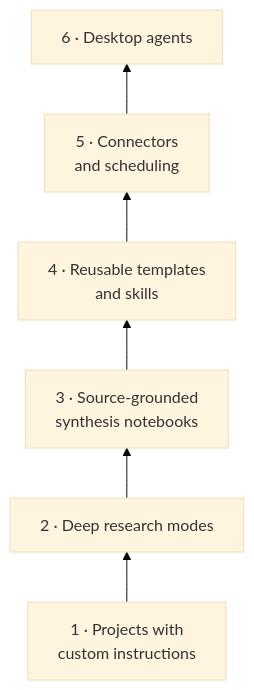
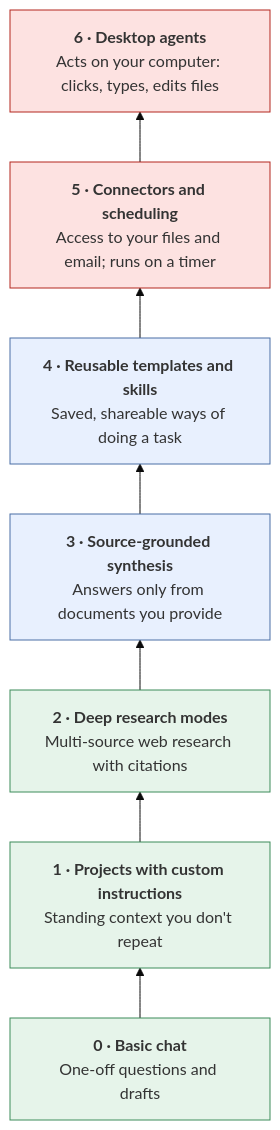
Before and after one commit to clarkngo/applied-ai-field-guide: the first of 2 diagrams in docs/tools/learning-ladder.md, drawn with Mermaid (base theme). The commit also changed other lines of this file and 4 other files, not shown here.

````diff
--- a/docs/tools/learning-ladder.md
+++ b/docs/tools/learning-ladder.md
@@ -34,4 +35,15 @@
 ```mermaid
 flowchart BT
-  R1["1 · Projects with<br/>custom instructions"] --> R2["2 · Deep research modes"] --> R3["3 · Source-grounded<br/>synthesis notebooks"] --> R4["4 · Reusable templates<br/>and skills"] --> R5["5 · Connectors<br/>and scheduling"] --> R6["6 · Desktop agents"]
+  R0["<b>0 · Basic chat</b><br/>One-off questions and drafts"] --> R1["<b>1 · Projects with custom instructions</b><br/>Standing context you don't repeat"]
+  R1 --> R2["<b>2 · Deep research modes</b><br/>Multi-source web research with citations"]
+  R2 --> R3["<b>3 · Source-grounded synthesis</b><br/>Answers only from documents you provide"]
+  R3 --> R4["<b>4 · Reusable templates and skills</b><br/>Saved, shareable ways of doing a task"]
+  R4 --> R5["<b>5 · Connectors and scheduling</b><br/>Access to your files and email; runs on a timer"]
+  R5 --> R6["<b>6 · Desktop agents</b><br/>Acts on your computer: clicks, types, edits files"]
+  classDef low fill:#e6f4ea,stroke:#3c8c5a;
+  classDef mid fill:#e8f0fe,stroke:#4a6fa5;
+  classDef high fill:#fde2e1,stroke:#b3261e;
+  class R0,R1,R2 low;
+  class R3,R4 mid;
+  class R5,R6 high;
 ```
````
